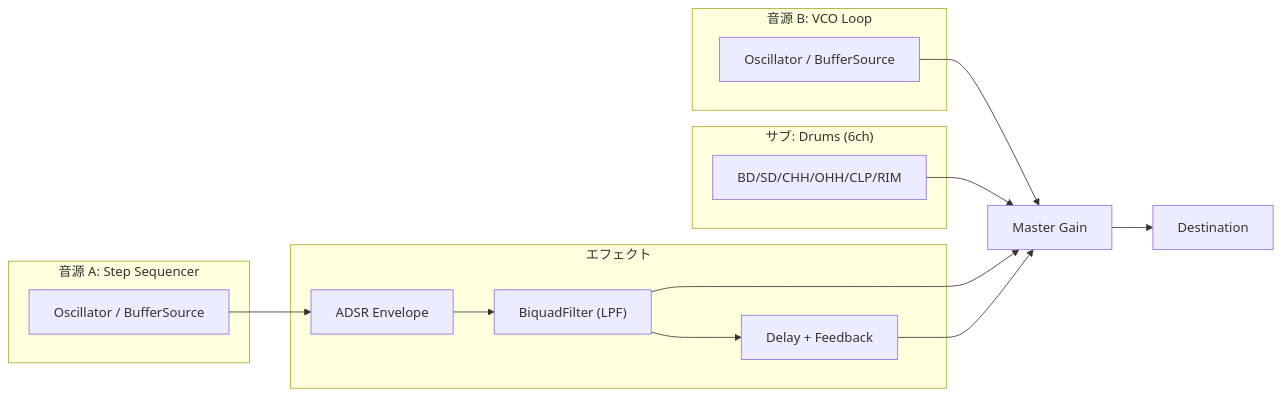
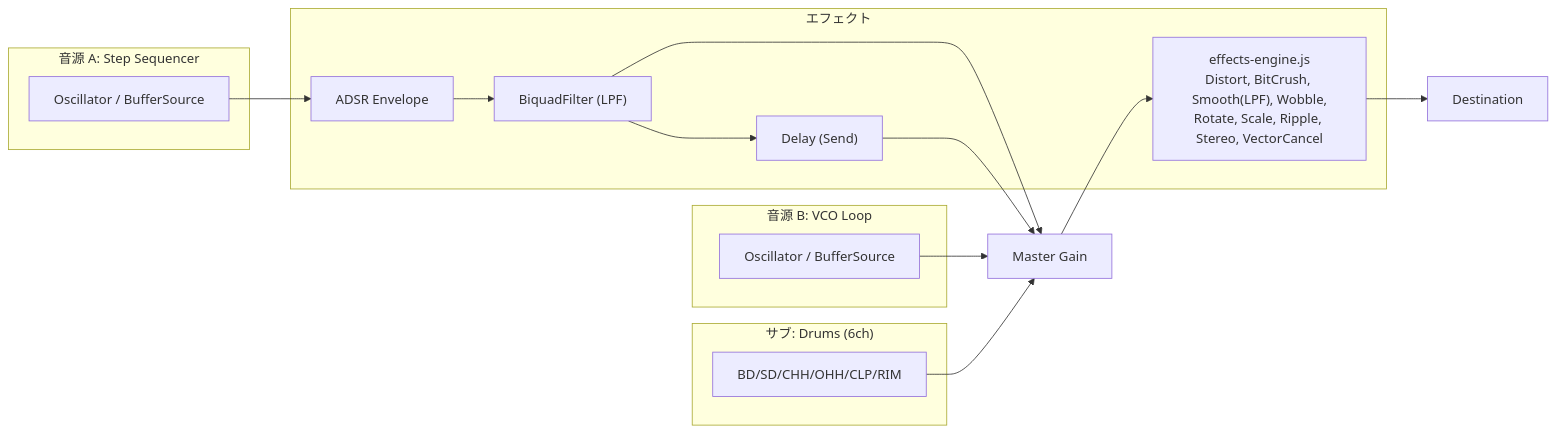
One commit to na-gasena/DrawingLissajousOscilloscopicSynthesizer-II-DLOSy-II changed the second of 2 diagrams in Doc/architecture.md. Above: the diagram before and after it, drawn with Mermaid. The commit also changed other lines of this file and 9 other files, not shown here.

````diff
--- a/Doc/architecture.md
+++ b/Doc/architecture.md
@@ -112,31 +121,32 @@
 ```mermaid
 graph LR
     subgraph "音源 A: Step Sequencer"
         OSC_A["Oscillator / BufferSource"]
     end
 
     subgraph "音源 B: VCO Loop"
         OSC_B["Oscillator / BufferSource"]
     end
 
     subgraph "サブ: Drums (6ch)"
         DRUMS["BD/SD/CHH/OHH/CLP/RIM"]
     end
 
     subgraph "エフェクト"
         ADSR_ENV["ADSR Envelope"]
         FLT["BiquadFilter (LPF)"]
-        DLY["Delay + Feedback"]
+        DLY_SEND["Delay (Send)"]
+        FX_CHAIN["effects-engine.js<br/>Distort, BitCrush, Smooth(LPF), Wobble,<br/>Rotate, Scale, Ripple, Stereo, VectorCancel"]
     end
 
     MASTER["Master Gain"]
     OUT["Destination"]
 
     OSC_A --> ADSR_ENV --> FLT
     OSC_B --> MASTER
     DRUMS --> MASTER
 
     FLT --> MASTER
-    FLT --> DLY --> MASTER
-    MASTER --> OUT
+    FLT --> DLY_SEND --> MASTER
+    MASTER --> FX_CHAIN --> OUT
 ```
````
